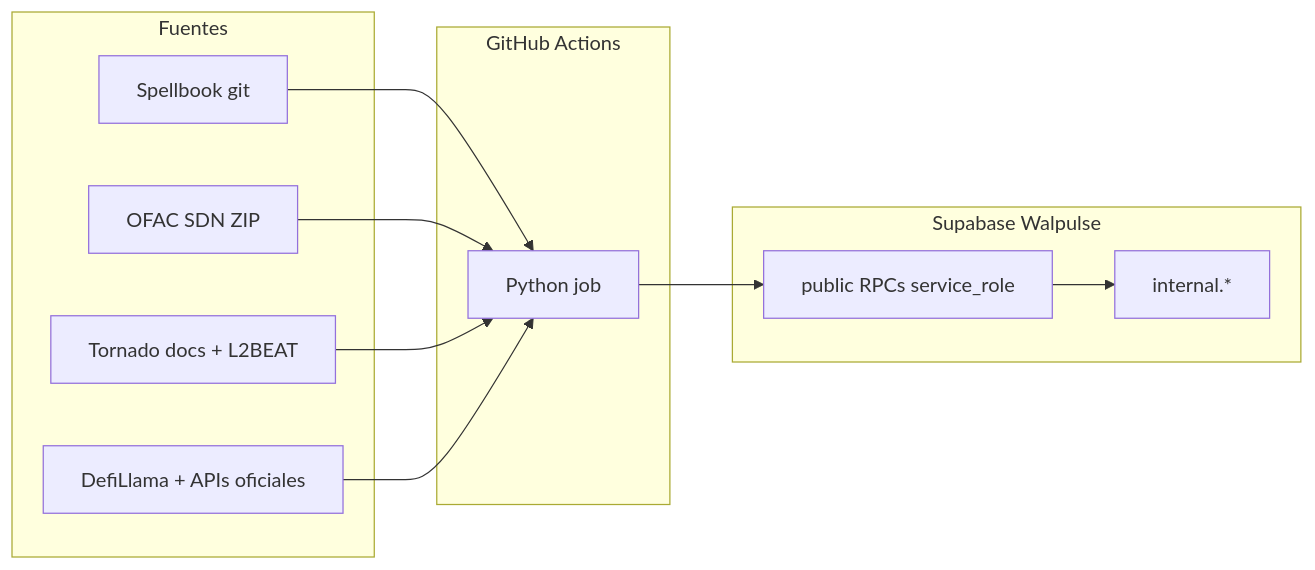
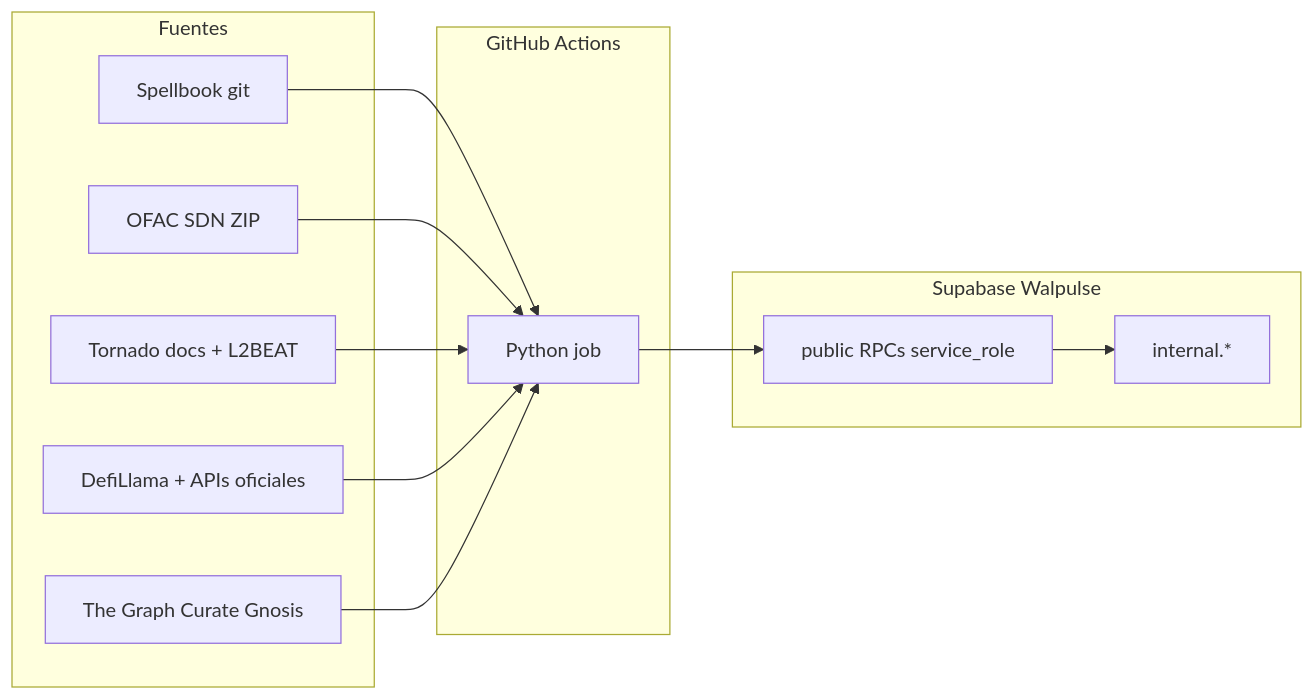
The diagram in docs/ARCHITECTURE.md (walpulse/workers), drawn with Mermaid before and after one commit. The commit also changed other lines of this file and 10 other files, not shown here.

````diff
--- a/docs/ARCHITECTURE.md
+++ b/docs/ARCHITECTURE.md
@@ -7,21 +7,23 @@
 ```mermaid
 flowchart LR
   subgraph sources [Fuentes]
     SB[Spellbook git]
     OFAC[OFAC SDN ZIP]
     MIX[Tornado docs + L2BEAT]
     BR[DefiLlama + APIs oficiales]
+    KS[The Graph Curate Gnosis]
   end
   subgraph gha [GitHub Actions]
     W[Python job]
   end
   subgraph supa [Supabase Walpulse]
     RPC[public RPCs service_role]
     INT[internal.*]
   end
   SB --> W
   OFAC --> W
   MIX --> W
   BR --> W
+  KS --> W
   W --> RPC --> INT
 ```
````
